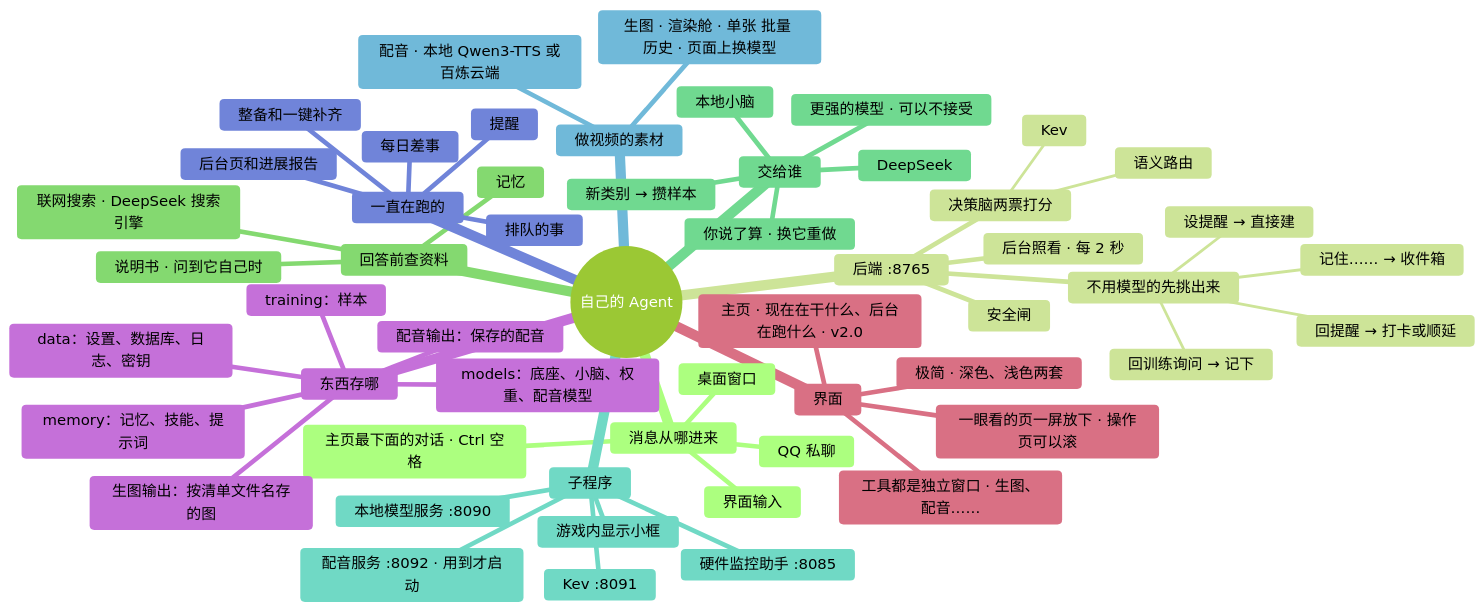
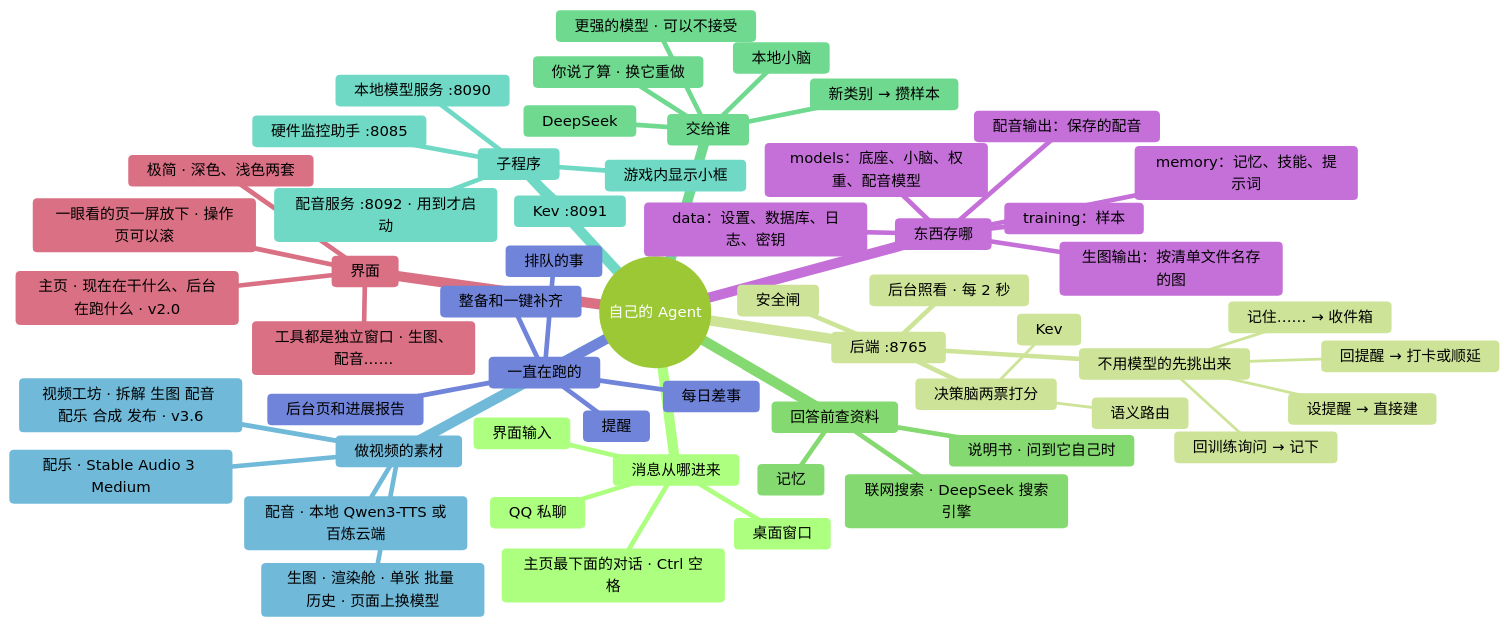
Before and after one commit to lql-076/Experiment-Agent-One: the diagram in docs/AI文档/架构/00-总览.md, drawn with Mermaid (forest theme). The commit also changed other lines of this file and 24 other files, not shown here.

Commit message:
v3.6.0：新增「视频工坊」一体化工作台（拆解、生图、配音、配乐、合成、送去发布）

```diff
--- a/docs/AI文档/架构/00-总览.md
+++ b/docs/AI文档/架构/00-总览.md
@@ -66,6 +66,10 @@
       :::go-14
       生图 · 渲染舱 · 单张 批量 历史 · 页面上换模型
       :::go-15
+      配乐 · Stable Audio 3 Medium
+      :::go-18
+      视频工坊 · 拆解 生图 配音 配乐 合成 发布 · v3.6
+      :::go-20
     一直在跑的
       提醒
       :::go-04
```
